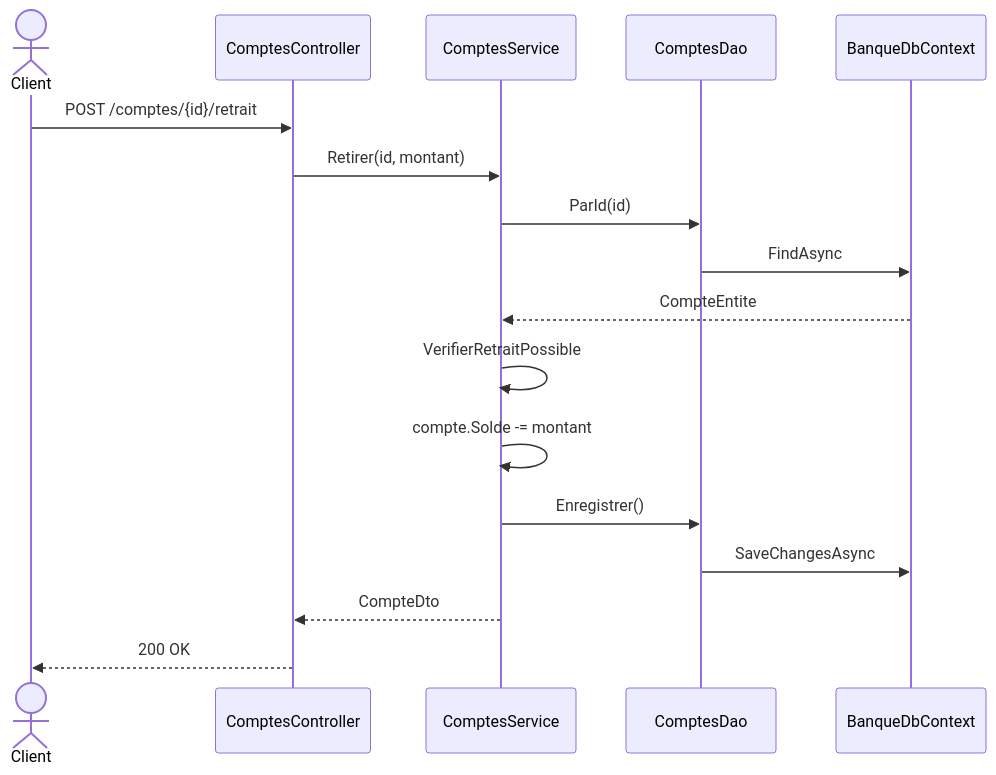
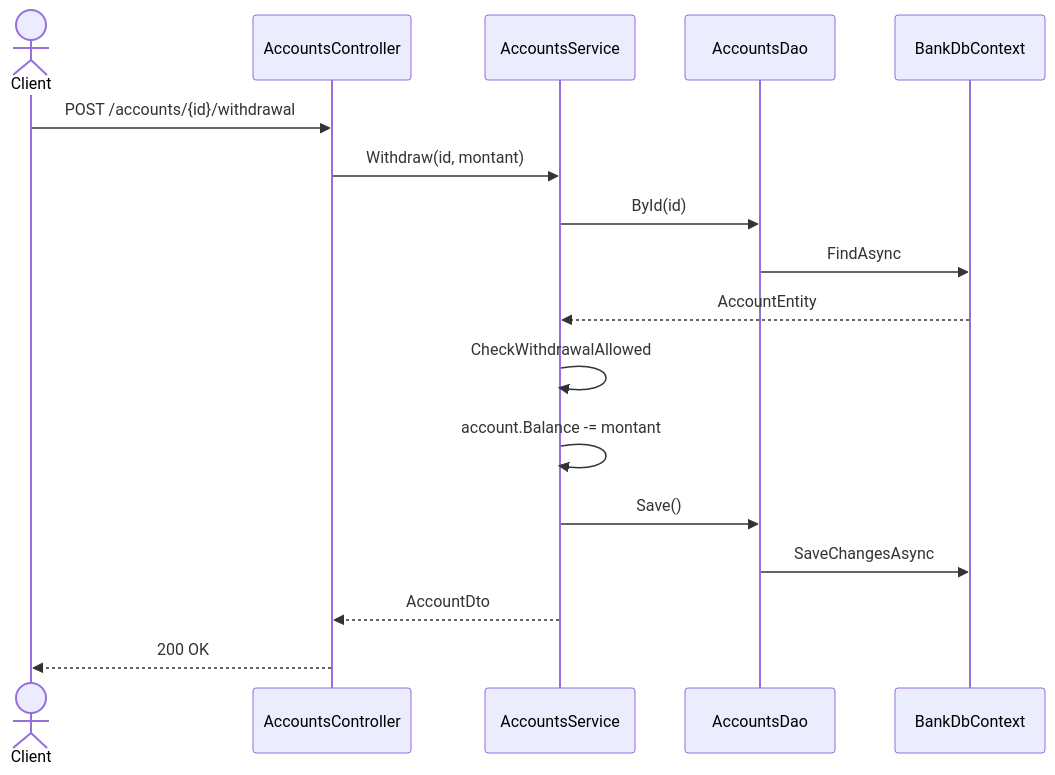
One commit to drangoht/ArchitecturesDemo changed the second of 3 diagrams in Docs/00-couches.md. Above: the diagram before and after it, drawn with Mermaid. The commit also changed other lines of this file and 70 other files, not shown here.

Commit message:
Docs FR : identifiants, liens, diagrammes et sorties alignés sur le code anglais

````diff
--- a/Docs/00-couches.md
+++ b/Docs/00-couches.md
@@ -154,19 +154,19 @@
 ```mermaid
 sequenceDiagram
     actor Client
-    participant C as ComptesController
-    participant S as ComptesService
-    participant D as ComptesDao
-    participant DB as BanqueDbContext
-    Client->>C: POST /comptes/{id}/retrait
-    C->>S: Retirer(id, montant)
-    S->>D: ParId(id)
+    participant C as AccountsController
+    participant S as AccountsService
+    participant D as AccountsDao
+    participant DB as BankDbContext
+    Client->>C: POST /accounts/{id}/withdrawal
+    C->>S: Withdraw(id, montant)
+    S->>D: ById(id)
     D->>DB: FindAsync
-    DB-->>S: CompteEntite
-    S->>S: VerifierRetraitPossible
-    S->>S: compte.Solde -= montant
-    S->>D: Enregistrer()
+    DB-->>S: AccountEntity
+    S->>S: CheckWithdrawalAllowed
+    S->>S: account.Balance -= montant
+    S->>D: Save()
     D->>DB: SaveChangesAsync
-    S-->>C: CompteDto
+    S-->>C: AccountDto
     C-->>Client: 200 OK
 ```
````
